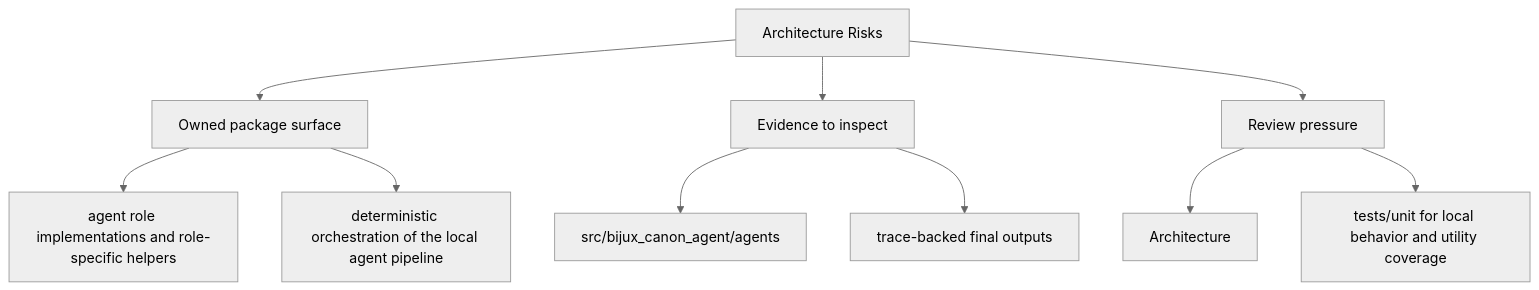
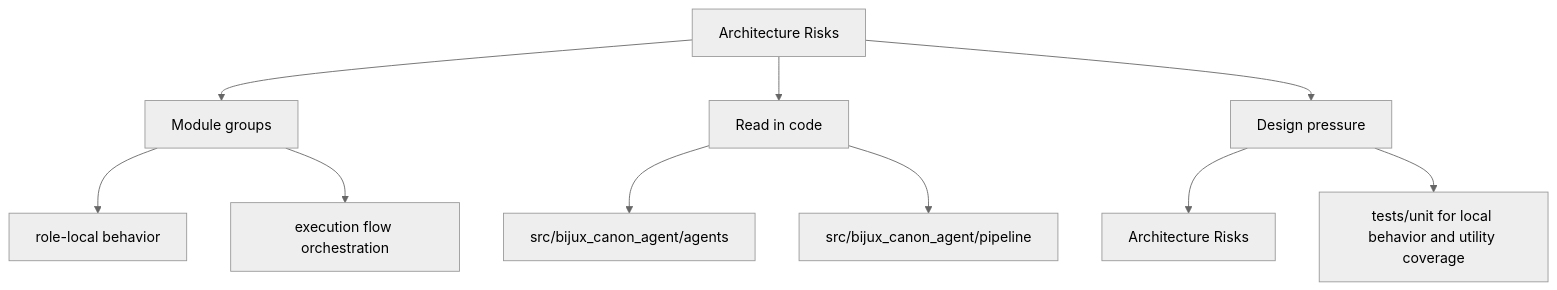
One commit to bijux/bijux-canon changed the second of 2 diagrams in docs/bijux-canon-agent/architecture/architecture-risks.md. Above: the diagram before and after it, drawn with Mermaid (neutral theme). The commit also changed other lines of this file and 250 other files, not shown here.

Commit message:
docs(diagrams): make product page maps more readable

````diff
--- a/docs/bijux-canon-agent/architecture/architecture-risks.md
+++ b/docs/bijux-canon-agent/architecture/architecture-risks.md
@@ -34,22 +34,22 @@
 ```mermaid
 flowchart TD
     page["Architecture Risks"]
-    focus1["Owned package surface"]
+    focus1["Module groups"]
     page --> focus1
-    focus1_1["agent role implementations and role-specific helpers"]
+    focus1_1["role-local behavior"]
     focus1 --> focus1_1
-    focus1_2["deterministic orchestration of the local agent pipeline"]
+    focus1_2["execution flow orchestration"]
     focus1 --> focus1_2
-    focus2["Evidence to inspect"]
+    focus2["Read in code"]
     page --> focus2
     focus2_1["src/bijux_canon_agent/agents"]
     focus2 --> focus2_1
-    focus2_2["trace-backed final outputs"]
+    focus2_2["src/bijux_canon_agent/pipeline"]
     focus2 --> focus2_2
-    focus3["Review pressure"]
+    focus3["Design pressure"]
     page --> focus3
-    focus3_1["Architecture"]
+    focus3_1["Architecture Risks"]
     focus3 --> focus3_1
     focus3_2["tests/unit for local behavior and utility coverage"]
     focus3 --> focus3_2
 ```
````
